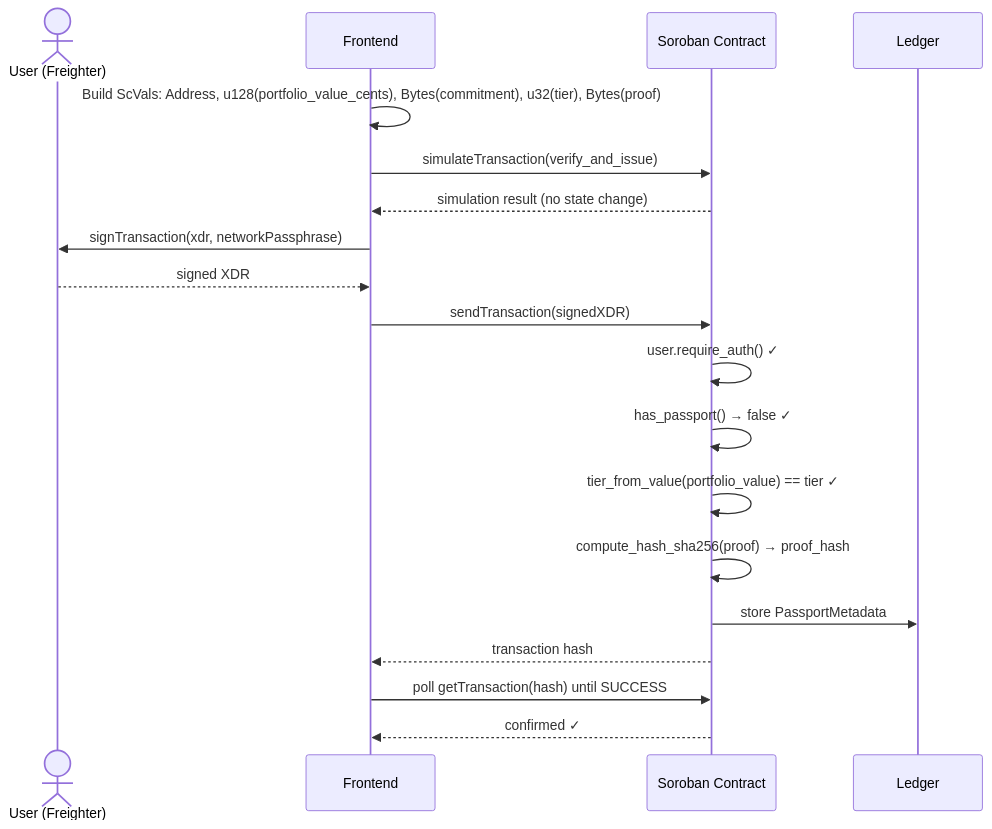
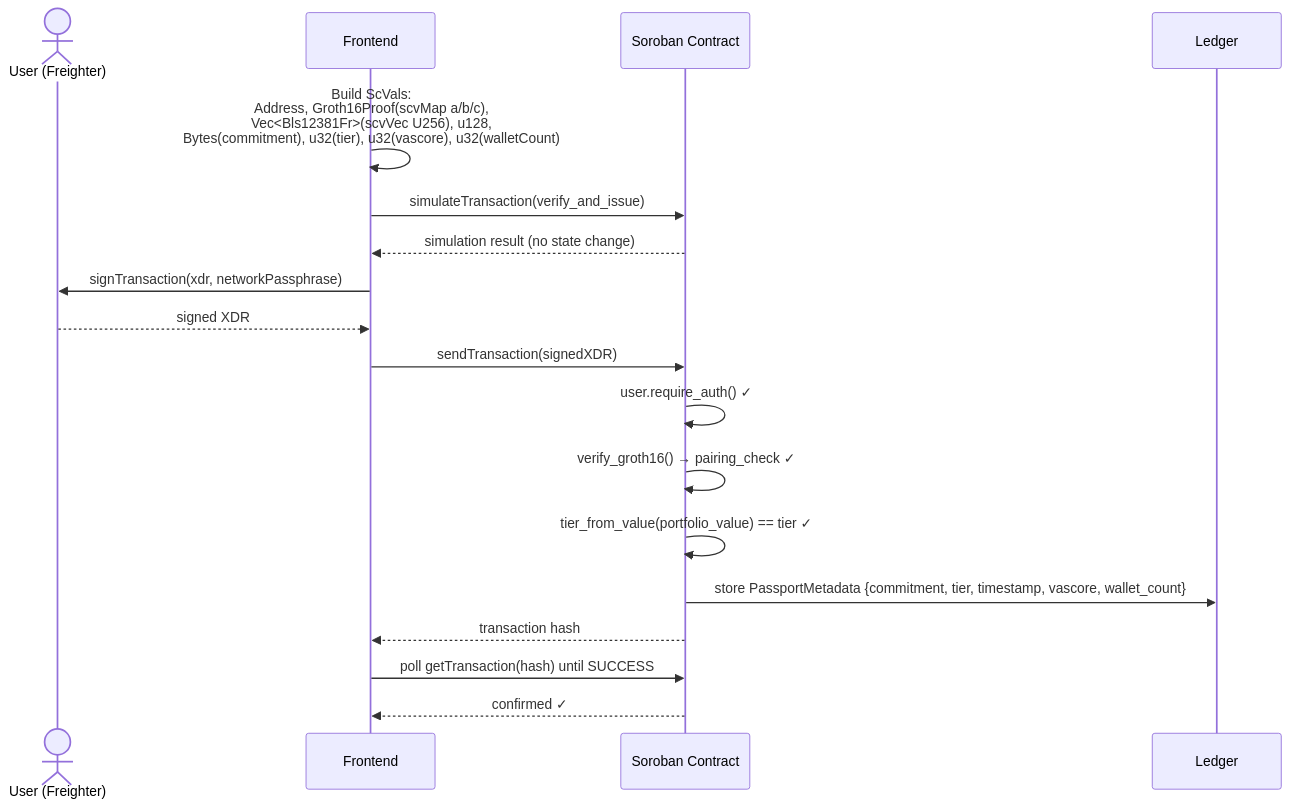
The third of 3 diagrams in contracts/credit-passport/README.md (calebomondi/Credence), drawn with Mermaid before and after one commit. The commit also changed other lines of this file, not shown here.

Commit message:
Update README.md to enhance documentation on Credit Passport contract, including detailed descriptions of verification key structure, function signatures, and on-chain Groth16 verification process.

````diff
--- a/contracts/credit-passport/README.md
+++ b/contracts/credit-passport/README.md
@@ -105,22 +173,21 @@
 ```mermaid
 sequenceDiagram
   actor U as User (Freighter)
   participant F as Frontend
   participant S as Soroban Contract
   participant L as Ledger
 
-  F->>F: Build ScVals: Address, u128(portfolio_value_cents), Bytes(commitment), u32(tier), Bytes(proof)
+  F->>F: Build ScVals:<br/>Address, Groth16Proof(scvMap a/b/c),<br/>Vec<Bls12381Fr>(scvVec U256), u128,<br/>Bytes(commitment), u32(tier), u32(vascore), u32(walletCount)
   F->>S: simulateTransaction(verify_and_issue)
   S-->>F: simulation result (no state change)
   F->>U: signTransaction(xdr, networkPassphrase)
   U-->>F: signed XDR
   F->>S: sendTransaction(signedXDR)
   S->>S: user.require_auth() ✓
-  S->>S: has_passport() → false ✓
+  S->>S: verify_groth16() → pairing_check ✓
   S->>S: tier_from_value(portfolio_value) == tier ✓
-  S->>S: compute_hash_sha256(proof) → proof_hash
-  S->>L: store PassportMetadata
+  S->>L: store PassportMetadata {commitment, tier, timestamp, vascore, wallet_count}
   S-->>F: transaction hash
   F->>S: poll getTransaction(hash) until SUCCESS
   S-->>F: confirmed ✓
 ```
````
